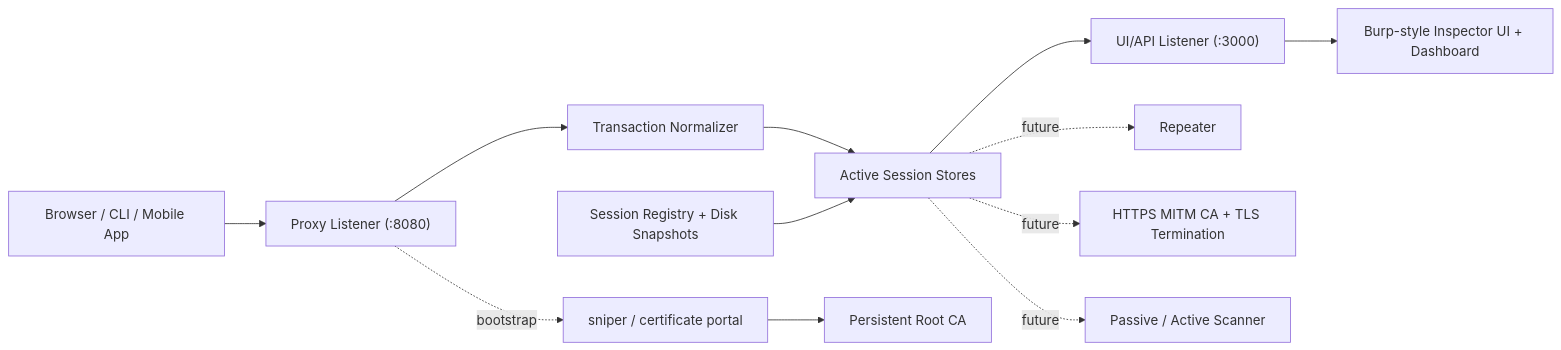
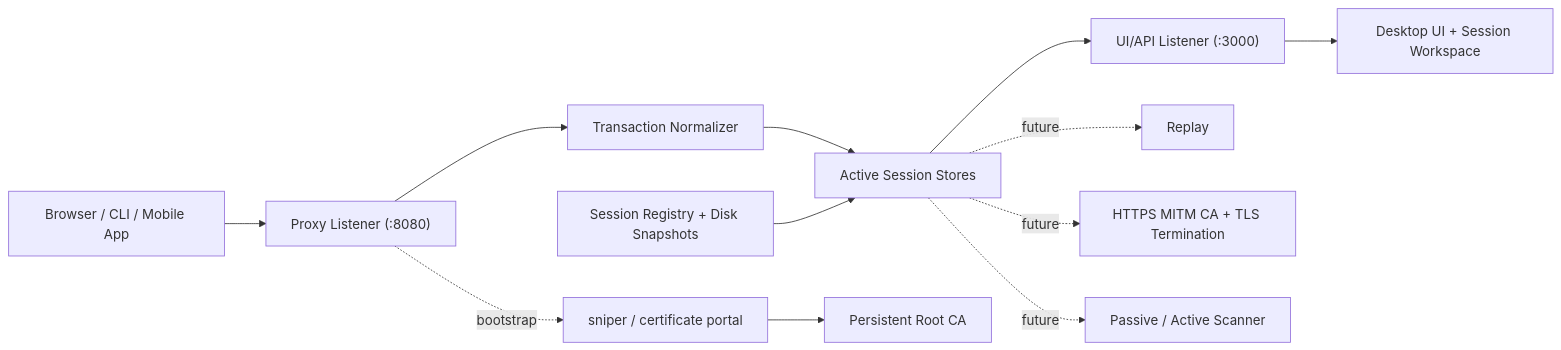
One commit to sm1ee/Sniper changed the first of 3 diagrams in docs/architecture.md. Above: the diagram before and after it, drawn with Mermaid. The commit also changed other lines of this file and 16 other files, not shown here.

````diff
--- a/docs/architecture.md
+++ b/docs/architecture.md
@@ -33,14 +33,14 @@
 ```mermaid
 flowchart LR
     Client["Browser / CLI / Mobile App"] --> Proxy["Proxy Listener (:8080)"]
     Proxy --> Capture["Transaction Normalizer"]
     Capture --> Store["Active Session Stores"]
     SessionRegistry["Session Registry + Disk Snapshots"] --> Store
     Store --> API["UI/API Listener (:3000)"]
-    API --> UI["Burp-style Inspector UI + Dashboard"]
+    API --> UI["Desktop UI + Session Workspace"]
     Proxy -. bootstrap .-> SpecialHost["sniper / certificate portal"]
     SpecialHost --> CA["Persistent Root CA"]
-    Store -. future .-> Repeater["Repeater"]
+    Store -. future .-> Replay["Replay"]
     Store -. future .-> MITM["HTTPS MITM CA + TLS Termination"]
     Store -. future .-> Scanner["Passive / Active Scanner"]
 ```
````
